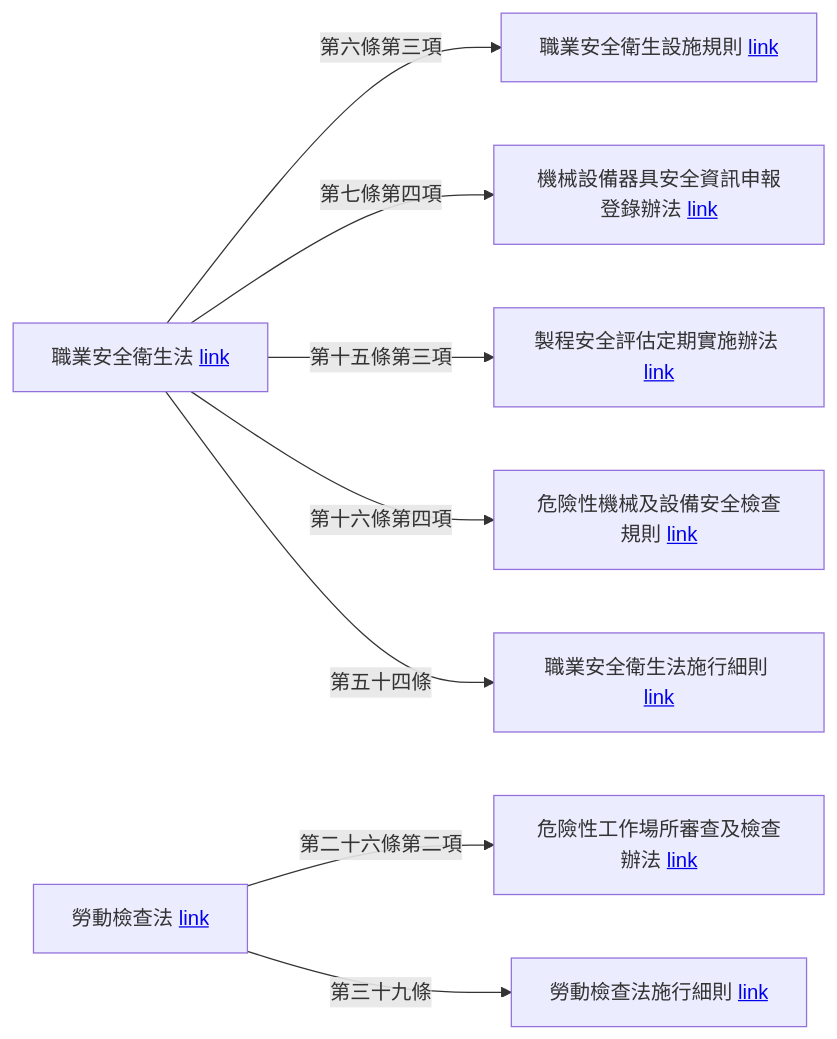
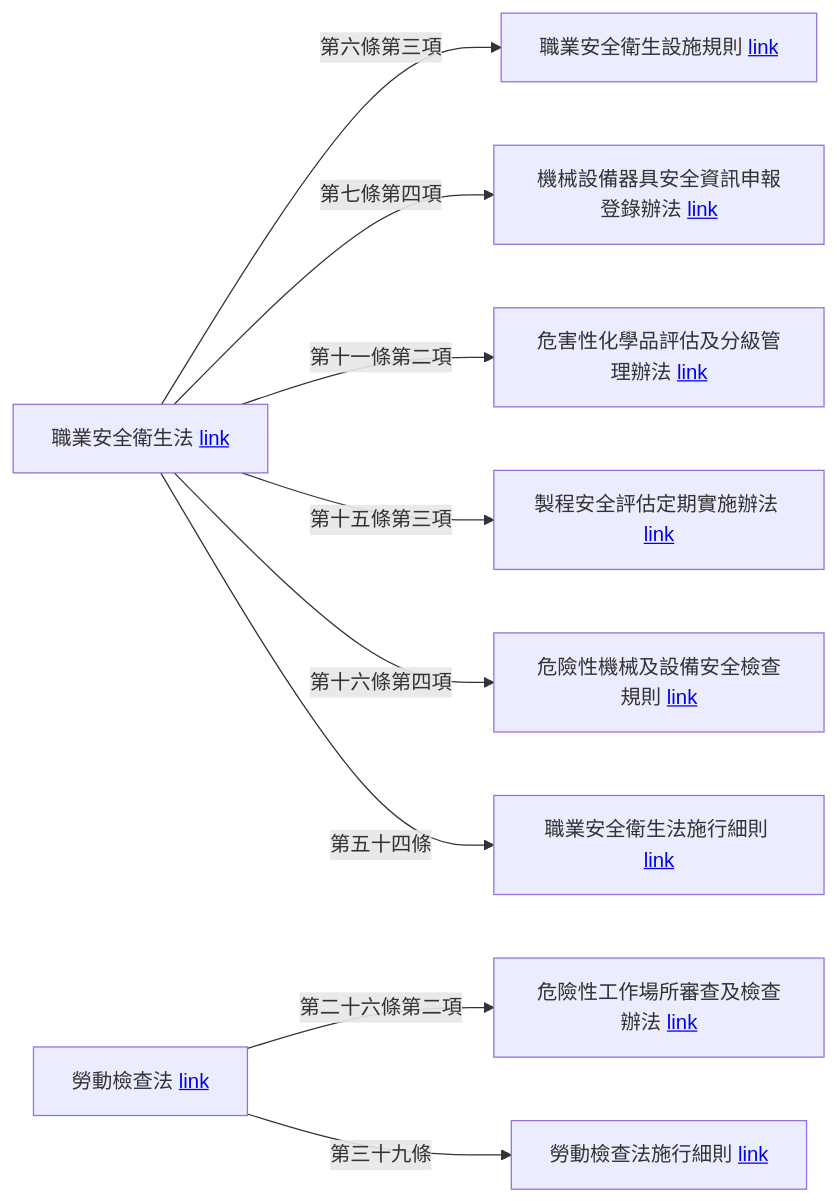
The diagram in docs/A_法規依據/法規參考連結.md (YuCH-Hank/OSH), drawn with Mermaid before and after one commit. The commit also changed other lines of this file and 6 other files, not shown here.

````diff
--- a/docs/A_法規依據/法規參考連結.md
+++ b/docs/A_法規依據/法規參考連結.md
@@ -3,24 +3,26 @@
 ```mermaid
 flowchart LR
 
     A["職業安全衛生法" <a href='https://law.moj.gov.tw/LawClass/LawAll.aspx?pcode=N0060001'>link</a>]
     AA["職業安全衛生設施規則" <a href='https://law.moj.gov.tw/LawClass/LawAll.aspx?pcode=N0060009'>link</a>]
     AB["職業安全衛生法施行細則" <a href='https://law.moj.gov.tw/LawClass/LawAll.aspx?pcode=N0060002'>link</a>]
     AC["危險性機械及設備安全檢查規則" <a href='https://law.moj.gov.tw/LawClass/LawAll.aspx?pcode=N0060039'>link</a>]
     AD["製程安全評估定期實施辦法" <a href='https://law.moj.gov.tw/LawClass/LawAll.aspx?pcode=N0060071'>link</a>]
     AE["機械設備器具安全資訊申報登錄辦法" <a href='https://law.moj.gov.tw/LawClass/LawAll.aspx?pcode=N0060056'>link</a>]
+    AF["危害性化學品評估及分級管理辦法" <a href='https://law.moj.gov.tw/LawClass/LawAll.aspx?pcode=N0060070'>link</a>]
 
     B["勞動檢查法" <a href='https://law.moj.gov.tw/LawClass/LawAll.aspx?pcode=N0070001'>link</a>]
     BA["危險性工作場所審查及檢查辦法" <a href='https://law.moj.gov.tw/LawClass/LawAll.aspx?pcode=N0070019'>link</a>]
     BB["勞動檢查法施行細則" <a href='https://law.moj.gov.tw/LawClass/LawAll.aspx?pcode=N0070004'>link</a>]
 
 
     A -- 第六條第三項 --> AA
     A -- 第七條第四項 --> AE
+    A -- 第十一條第二項 -->AF
     A -- 第十五條第三項 --> AD
     A -- 第十六條第四項 --> AC
     A -- 第五十四條 --> AB
 
     B --第二十六條第二項--> BA
     B -- 第三十九條 --> BB
 ```
````
